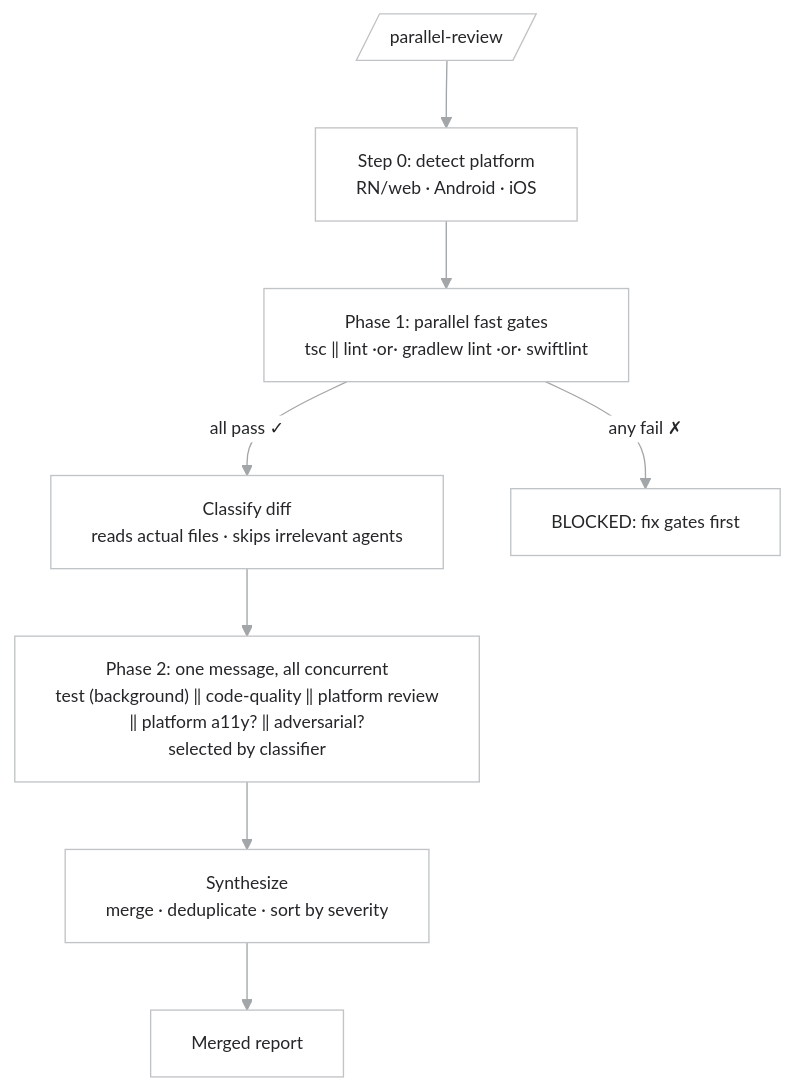
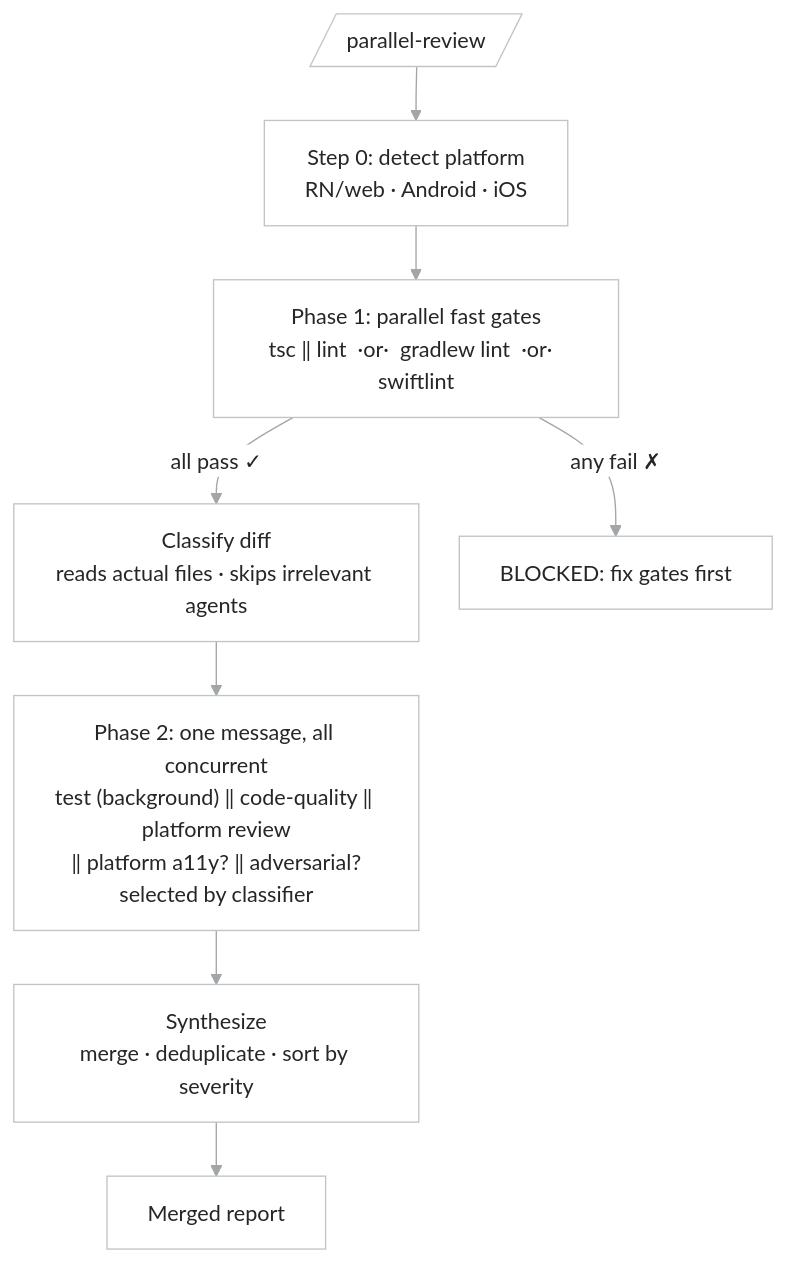
Before and after one commit to raditia/CraftKit: the fourth of 17 diagrams in README.md, drawn with Mermaid. The commit also changed other lines of this file, not shown here.

First line of the commit message:
docs: make README diagrams readable at GitHub width

````diff
--- a/README.md
+++ b/README.md
@@ -410,30 +430,32 @@
 ```mermaid
 ---
 config:
   theme: base
   look: classic
   fontFamily: "-apple-system, BlinkMacSystemFont, Segoe UI, Helvetica, Arial, sans-serif"
   themeVariables:
     fontFamily: "-apple-system, BlinkMacSystemFont, Segoe UI, Helvetica, Arial, sans-serif"
-    fontSize: 13px
+    fontSize: 16px
     primaryColor: "#FFFFFF"
     primaryBorderColor: "#C1C4C6"
     primaryTextColor: "#242628"
     lineColor: "#A2A6A8"
     clusterBkg: "#F5FBFF"
     clusterBorder: "#F0F1F2"
     titleColor: "#707577"
     edgeLabelBackground: "#FFFFFF"
   flowchart:
     curve: basis
-    wrappingWidth: 640
+    wrappingWidth: 240
+    nodeSpacing: 30
+    rankSpacing: 40
 ---
 flowchart TD
-    A[/parallel-review/] --> P["Step 0: detect platform\nRN/web · Android · iOS"]
-    P --> B["Phase 1: parallel fast gates\ntsc ‖ lint  ·or·  gradlew lint  ·or·  swiftlint"]
-    B -->|all pass ✓| C["Classify diff\nreads actual files · skips irrelevant agents"]
-    C --> D["Phase 2: one message, all concurrent\ntest (background) ‖ code-quality ‖ platform review\n‖ platform a11y? ‖ adversarial?\nselected by classifier"]
-    D --> E["Synthesize\nmerge · deduplicate · sort by severity"]
+    A[/parallel-review/] --> P["Step 0: detect platform<br/>RN/web · Android · iOS"]
+    P --> B["Phase 1: parallel fast gates<br/>tsc ‖ lint  ·or·  gradlew lint  ·or·  swiftlint"]
+    B -->|all pass ✓| C["Classify diff<br/>reads actual files · skips irrelevant agents"]
+    C --> D["Phase 2: one message, all concurrent<br/>test (background) ‖ code-quality ‖ platform review<br/>‖ platform a11y? ‖ adversarial?<br/>selected by classifier"]
+    D --> E["Synthesize<br/>merge · deduplicate · sort by severity"]
     E --> F[Merged report]
     B -->|any fail ✗| G["BLOCKED: fix gates first"]
 ```
````
